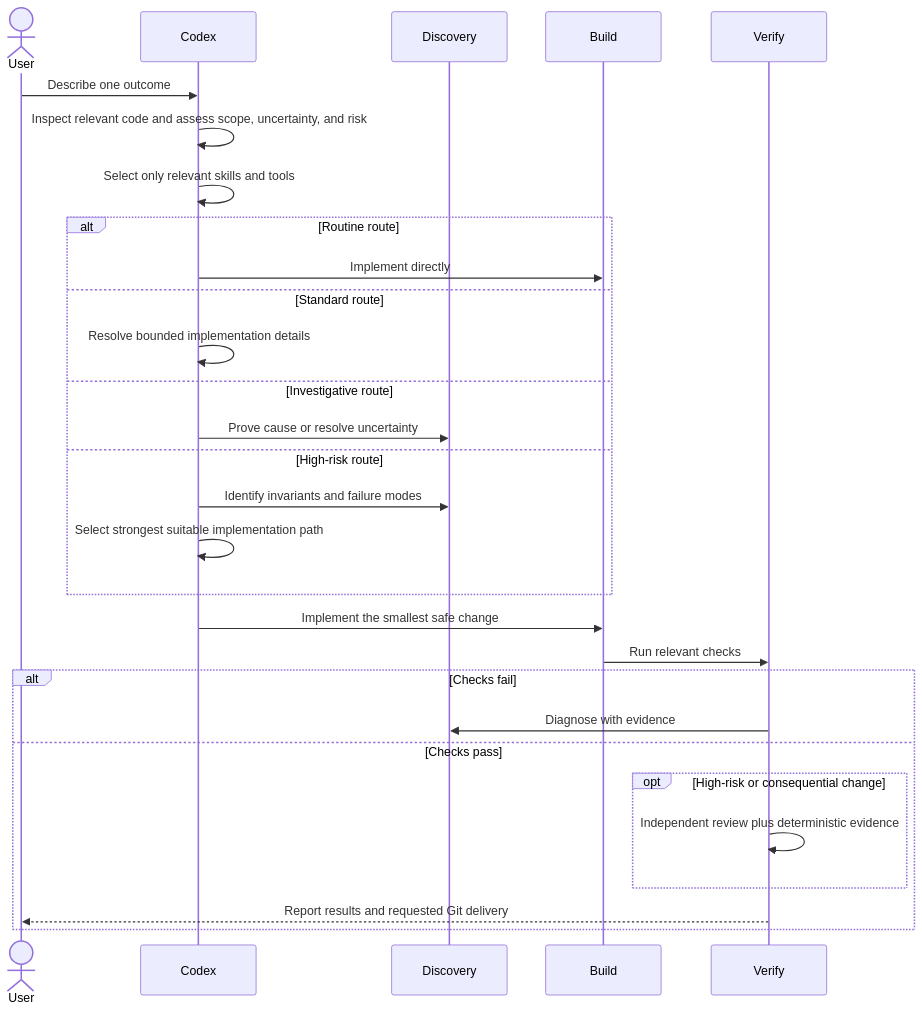
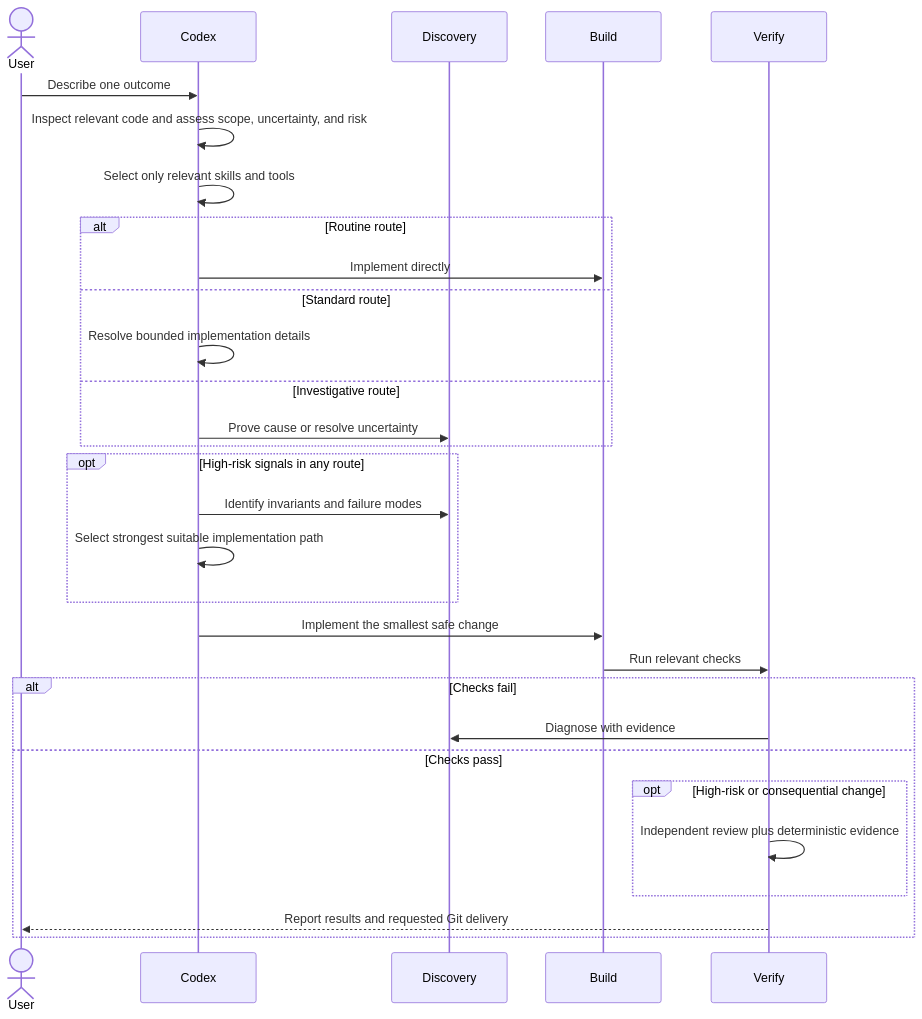
One commit to moKshagna-p/codex-powers changed the diagram in README.md. Above: the diagram before and after it, drawn with Mermaid. The commit also changed other lines of this file and 1 other file, not shown here.

Commit message:
docs: clarify overlapping risk requirements and compaction

````diff
--- a/README.md
+++ b/README.md
@@ -17,32 +17,33 @@
 ```mermaid
 sequenceDiagram
     actor User
     participant Codex
     participant Discovery
     participant Build
     participant Verify
 
     User->>Codex: Describe one outcome
     Codex->>Codex: Inspect relevant code and assess scope, uncertainty, and risk
     Codex->>Codex: Select only relevant skills and tools
     alt Routine route
         Codex->>Build: Implement directly
     else Standard route
         Codex->>Codex: Resolve bounded implementation details
     else Investigative route
         Codex->>Discovery: Prove cause or resolve uncertainty
-    else High-risk route
+    end
+    opt High-risk signals in any route
         Codex->>Discovery: Identify invariants and failure modes
         Codex->>Codex: Select strongest suitable implementation path
     end
     Codex->>Build: Implement the smallest safe change
     Build->>Verify: Run relevant checks
     alt Checks fail
         Verify->>Discovery: Diagnose with evidence
     else Checks pass
         opt High-risk or consequential change
             Verify->>Verify: Independent review plus deterministic evidence
         end
         Verify-->>User: Report results and requested Git delivery
     end
 ```
````
